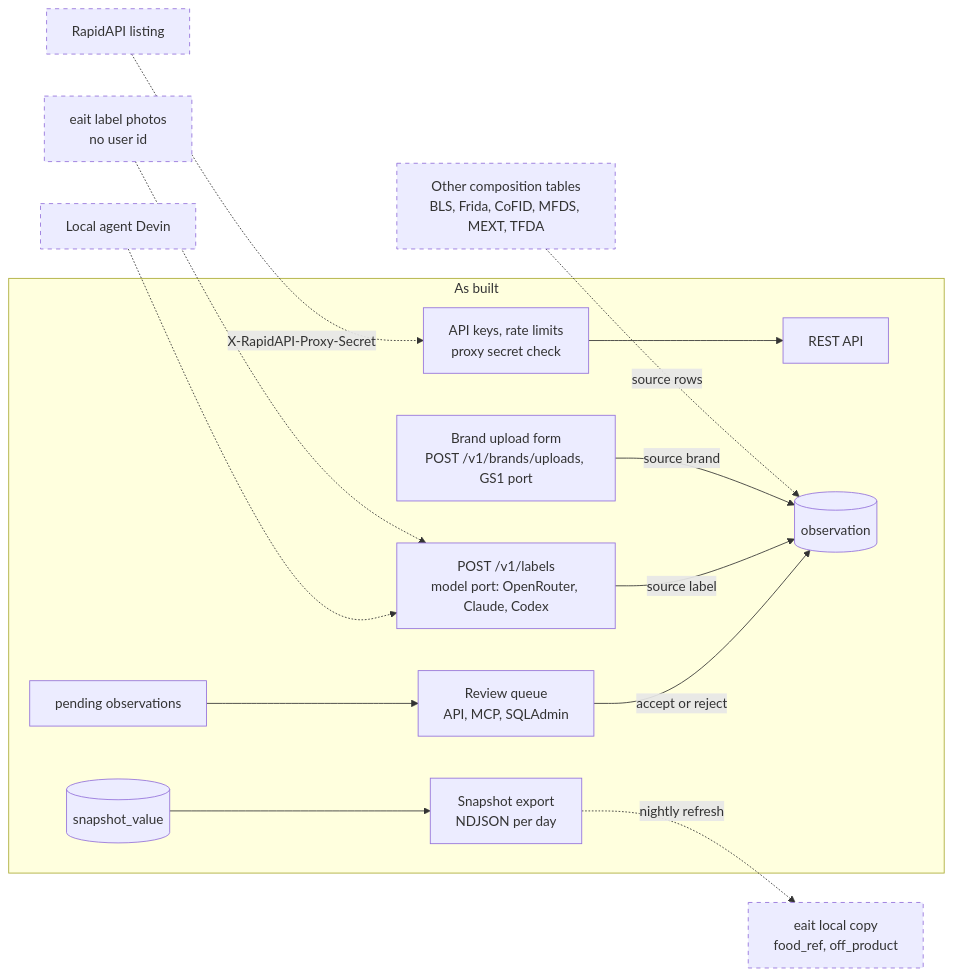
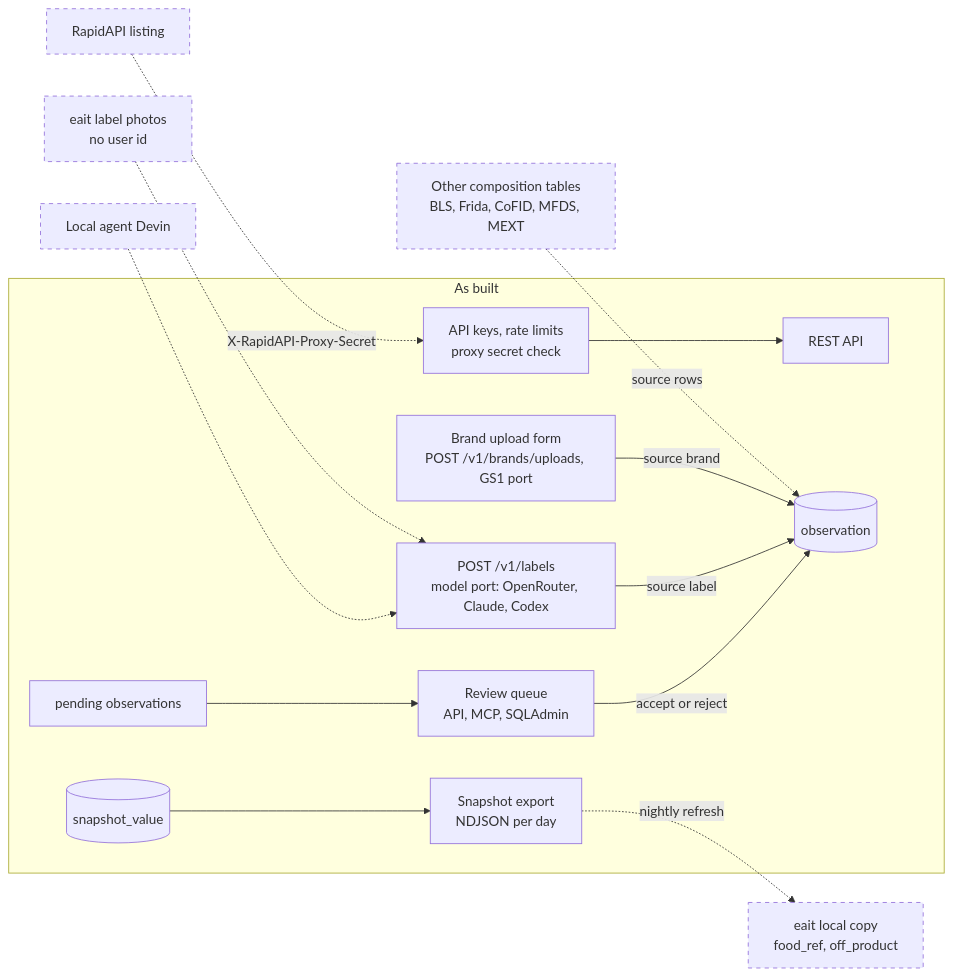
One commit to eait-fit/fooddb changed diagram 19 of 19 in docs/architecture.md. Above: the diagram before and after it, drawn with Mermaid. The commit also changed other lines of this file and 5 other files, not shown here.

First line of the commit message:
docs: TFDA in the README, architecture, design, licence and deploy docs

````diff
--- a/docs/architecture.md
+++ b/docs/architecture.md
@@ -1413,32 +1422,32 @@
 ```mermaid
 flowchart LR
     subgraph built["As built"]
         api["REST API"]
         auth["API keys, rate limits<br/>proxy secret check"]
         obs[("observation")]
         pend["pending observations"]
         review["Review queue<br/>API, MCP, SQLAdmin"]
         snap[("snapshot_value")]
         exp["Snapshot export<br/>NDJSON per day"]
         labels["POST /v1/labels<br/>model port: OpenRouter, Claude, Codex"]
         brand["Brand upload form<br/>POST /v1/brands/uploads, GS1 port"]
     end
-    tables["Other composition tables<br/>BLS, Frida, CoFID, MFDS, MEXT, TFDA"]
+    tables["Other composition tables<br/>BLS, Frida, CoFID, MFDS, MEXT"]
     eaitp["eait label photos<br/>no user id"]
     devin["Local agent Devin"]
     listing["RapidAPI listing"]
     eaitc["eait local copy<br/>food_ref, off_product"]
     tables -.->|"source rows"| obs
     brand -->|"source brand"| obs
     eaitp -.-> labels
     devin -.-> labels
     labels -->|"source label"| obs
     pend --> review
     review -->|"accept or reject"| obs
     listing -.->|"X-RapidAPI-Proxy-Secret"| auth
     auth --> api
     snap --> exp
     exp -.->|"nightly refresh"| eaitc
     classDef planned stroke-dasharray: 5 5
     class tables,eaitp,devin,listing,eaitc planned
 ```
````
